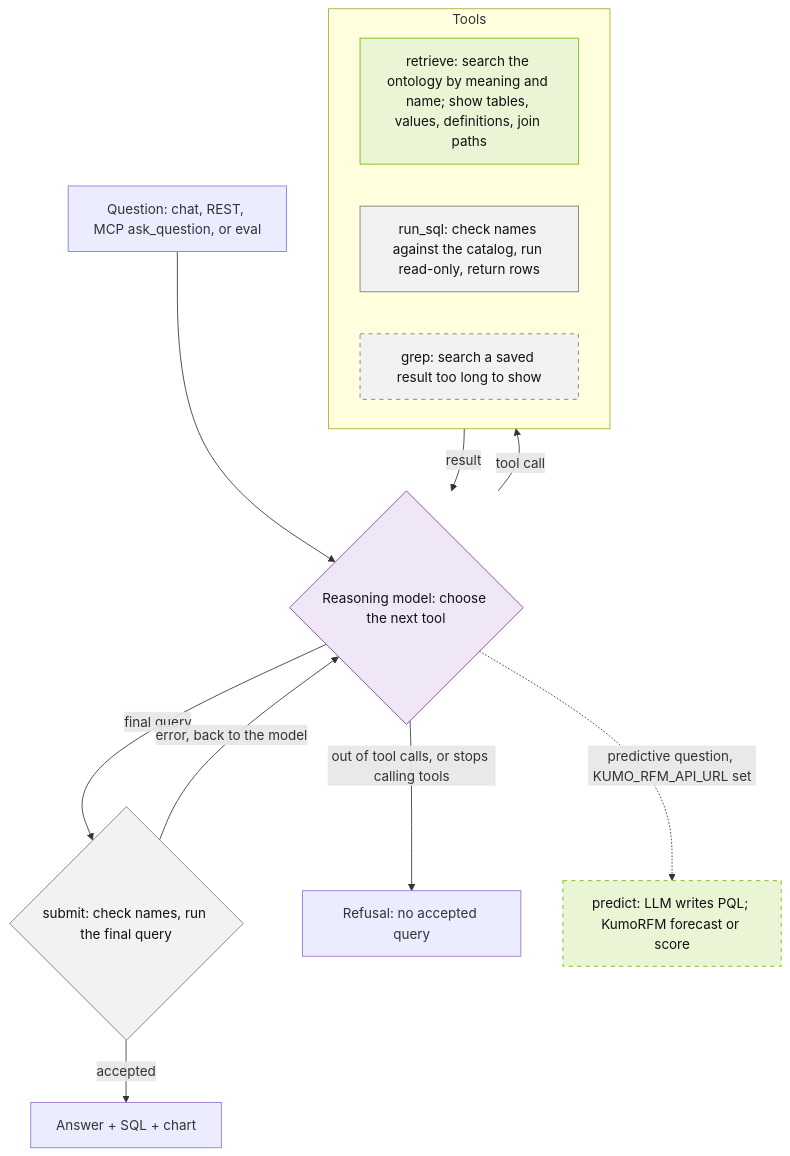
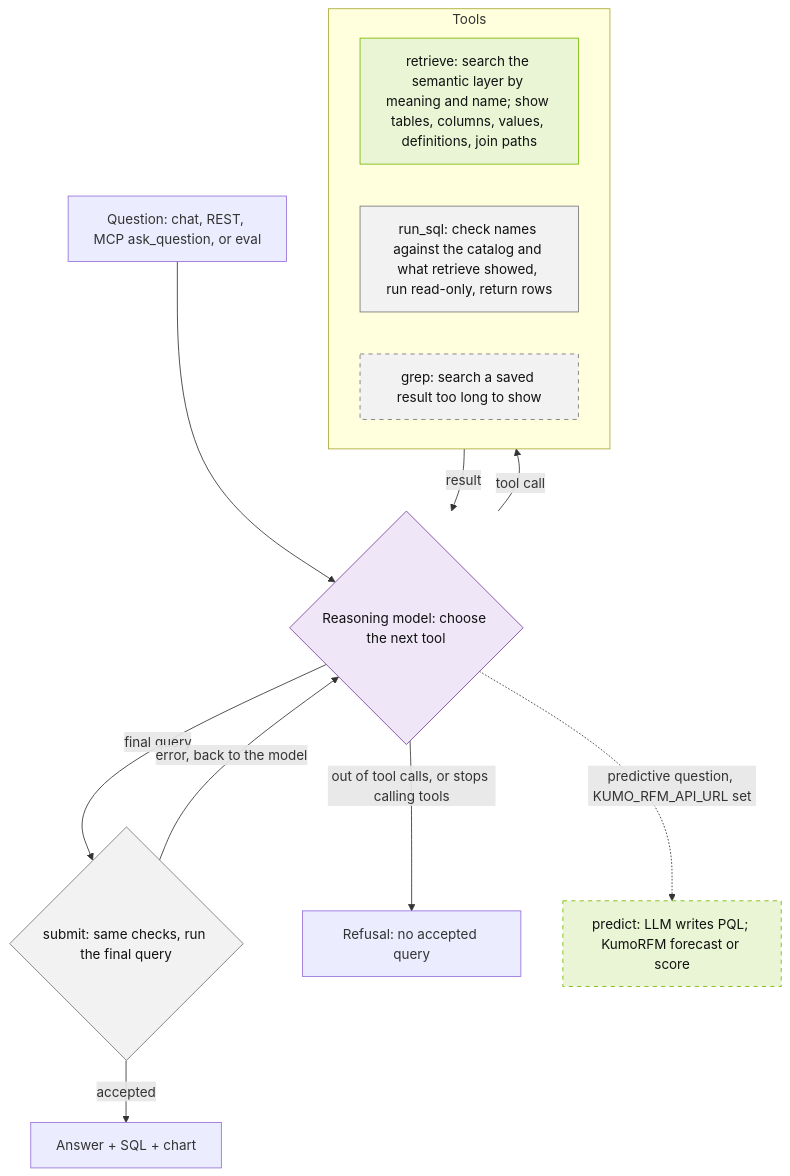
The sixth of 6 diagrams in docs/architecture.md (NVIDIA/auto-ontology), drawn with Mermaid before and after one commit. The commit also changed other lines of this file, not shown here.

First line of the commit message:
Re-trace the Next flows to #488 at 65b4fecf

````diff
--- a/docs/architecture.md
+++ b/docs/architecture.md
@@ -384,31 +386,31 @@
 ```mermaid
 flowchart TD
   q["Question: chat, REST, MCP ask_question, or eval"]
   agent{"Reasoning model: choose the next tool"}
   subgraph tools["Tools"]
     direction LR
-    retrieve["retrieve: search the ontology by meaning and name; show tables, values, definitions, join paths"]
-    runsql["run_sql: check names against the catalog, run read-only, return rows"]
+    retrieve["retrieve: search the semantic layer by meaning and name; show tables, columns, values, definitions, join paths"]
+    runsql["run_sql: check names against the catalog and what retrieve showed, run read-only, return rows"]
     grep["grep: search a saved result too long to show"]
   end
-  submit{"submit: check names, run the final query"}
+  submit{"submit: same checks, run the final query"}
   ans["Answer + SQL + chart"]
   ref["Refusal: no accepted query"]
   predict["predict: LLM writes PQL; KumoRFM forecast or score"]
   q --> agent
   agent -- "tool call" --> tools
   tools -- "result" --> agent
   agent -- "final query" --> submit
   submit -- "accepted" --> ans
   submit -- "error, back to the model" --> agent
   agent -- "out of tool calls, or stops calling tools" --> ref
   agent -. "predictive question, KUMO_RFM_API_URL set" .-> predict
   classDef model fill:#eaf5d6,stroke:#76b900,color:#111
   classDef det fill:#f2f2f2,stroke:#777,color:#111
   classDef react fill:#efe6f7,stroke:#7b3fa0,color:#111
   classDef optional stroke-dasharray:5 5
   class agent react
   class retrieve,predict model
   class runsql,grep,submit det
   class grep,predict optional
 ```
````
